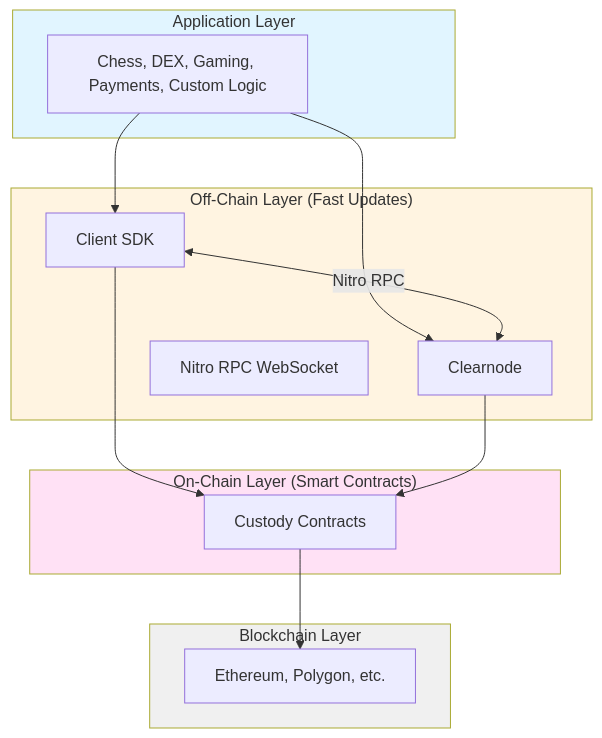
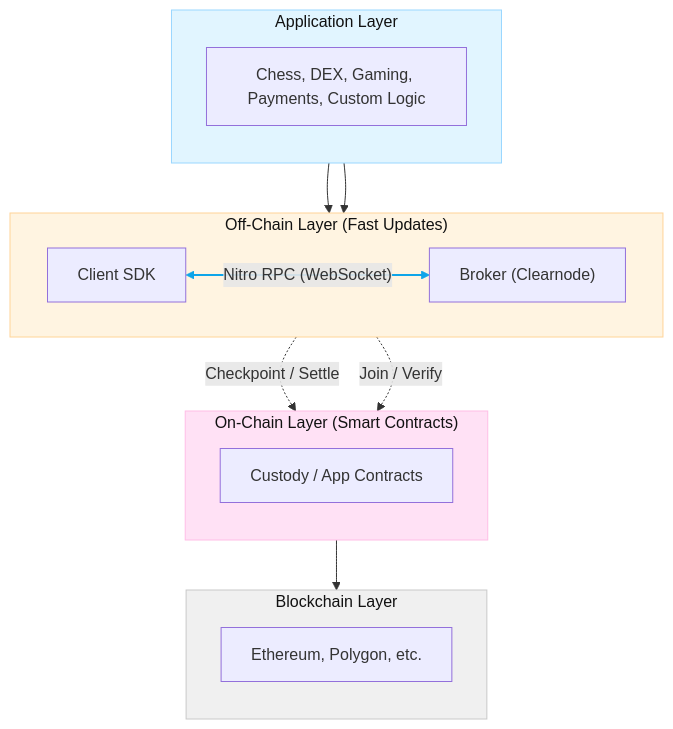
One commit to layer-3/docs changed the first of 4 diagrams in docs/protocol/architecture.mdx. Above: the diagram before and after it, drawn with Mermaid. The commit also changed other lines of this file and 15 other files, not shown here.

````diff
--- a/docs/protocol/architecture.mdx
+++ b/docs/protocol/architecture.mdx
@@ -14,32 +14,42 @@
 ```mermaid
 graph TB
-    subgraph Application["Application Layer"]
-        APP[Chess, DEX, Gaming, Payments, Custom Logic]
-    end
-    
-    subgraph OffChain["Off-Chain Layer (Fast Updates)"]
-        CLIENT[Client SDK]
-        BROKER[Clearnode]
-        RPC[Nitro RPC WebSocket]
-    end
-    
-    subgraph OnChain["On-Chain Layer (Smart Contracts)"]
-        CONTRACTS[Custody Contracts]
-    end
-    
-    subgraph Blockchain["Blockchain Layer"]
-        CHAIN[Ethereum, Polygon, etc.]
-    end
-    
-    APP --> CLIENT
-    APP --> BROKER
-    CLIENT <-->|Nitro RPC| BROKER
-    CLIENT --> CONTRACTS
-    BROKER --> CONTRACTS
-    CONTRACTS --> CHAIN
-    
-    style Application fill:#e1f5ff
-    style OffChain fill:#fff4e1
-    style OnChain fill:#ffe1f5
-    style Blockchain fill:#f0f0f0
+
+  %% Layered architecture with legible fills for light/dark modes
+
+  subgraph Application["Application Layer"]
+    direction TB
+    APP["Chess, DEX, Gaming, Payments, Custom Logic"]
+  end
+
+  subgraph OffChain["Off-Chain Layer (Fast Updates)"]
+    direction LR
+    CLIENT["Client SDK"]
+    BROKER["Broker (Clearnode)"]
+  end
+
+  subgraph OnChain["On-Chain Layer (Smart Contracts)"]
+    direction TB
+    CONTRACTS["Custody / App Contracts"]
+  end
+
+  subgraph Blockchain["Blockchain Layer"]
+    direction TB
+    CHAIN["Ethereum, Polygon, etc."]
+  end
+
+  APP --> CLIENT
+  APP --> BROKER
+  CLIENT <-->|"Nitro RPC (WebSocket)"| BROKER
+  CLIENT -. "Checkpoint / Settle" .-> CONTRACTS
+  BROKER -. "Join / Verify" .-> CONTRACTS
+  CONTRACTS --> CHAIN
+
+  %% Subgraph fills (kept light for both themes)
+  style Application fill:#e1f5ff,stroke:#9ad7ff,color:#111
+  style OffChain fill:#fff4e1,stroke:#ffd497,color:#111
+  style OnChain fill:#ffe1f5,stroke:#ffbde6,color:#111
+  style Blockchain fill:#f0f0f0,stroke:#c9c9c9,color:#111
+
+  %% Emphasize the RPC link (index 2 in the edge list above)
+  linkStyle 2 stroke:#0ea5e9,stroke-width:2px
 ```
````
